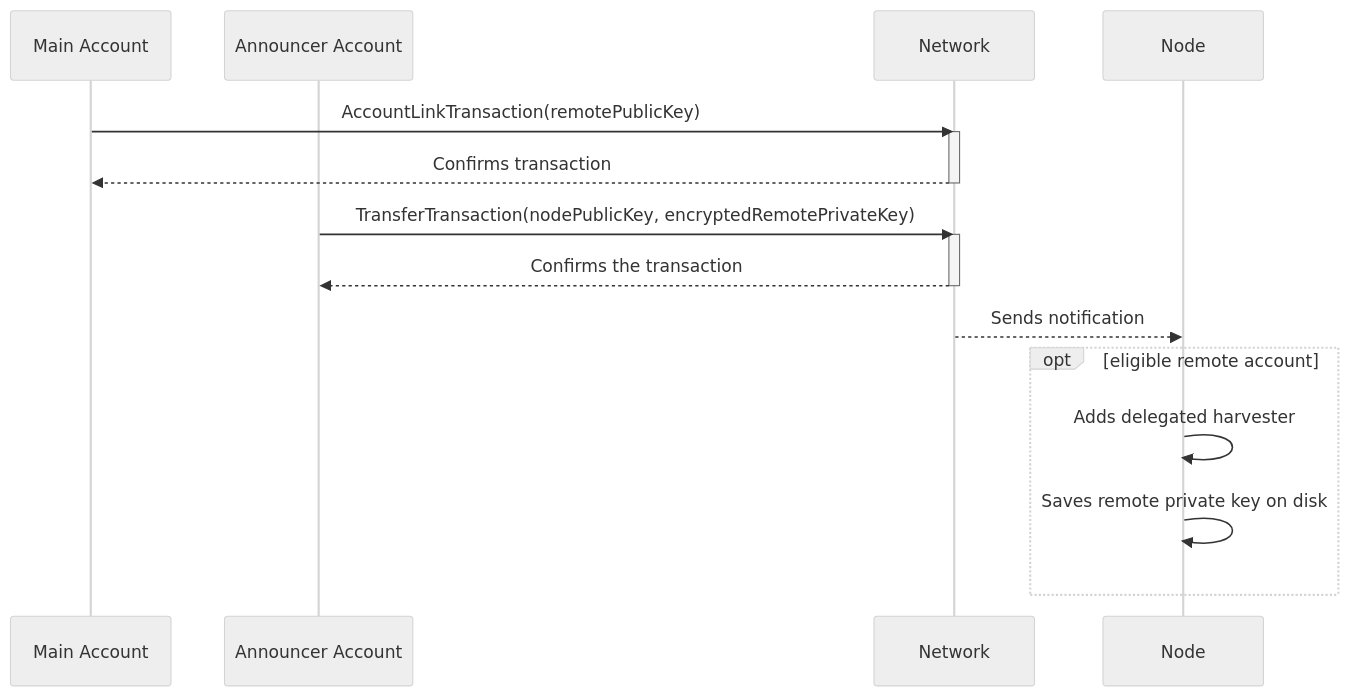
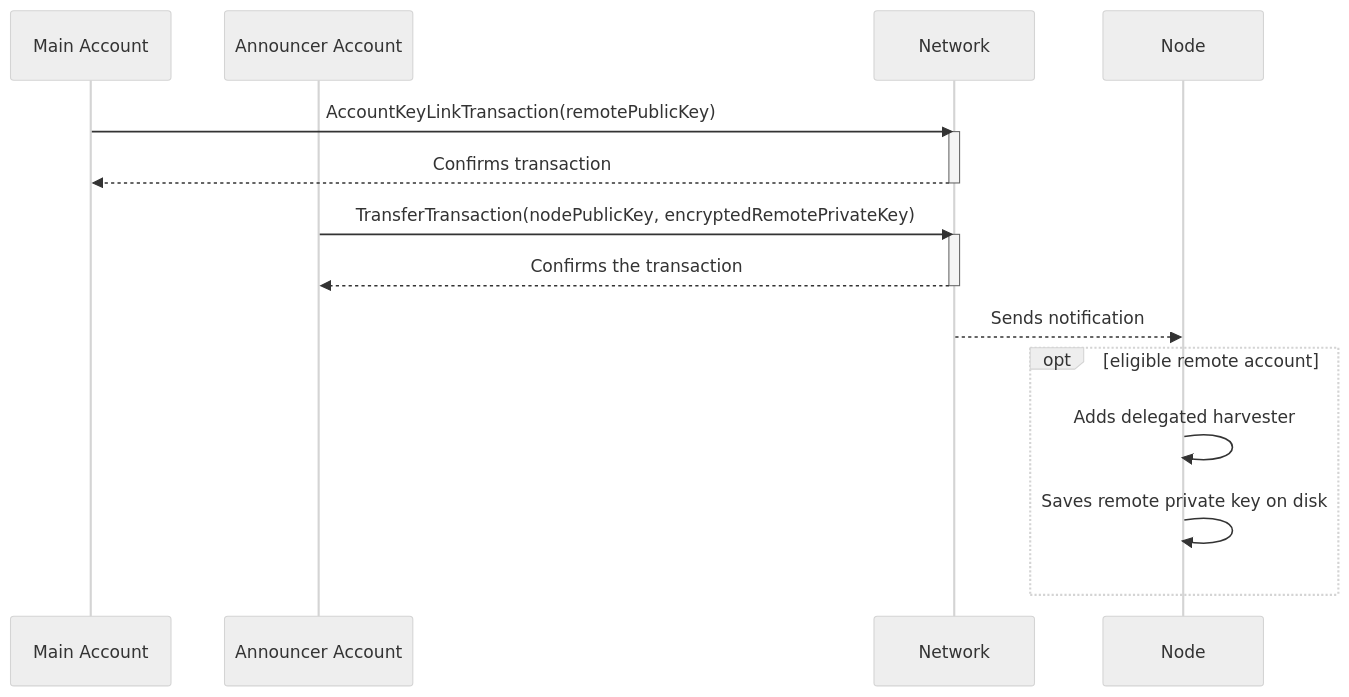
Before and after one commit to symbol/symbol-docs: the diagram in source/resources/diagrams/delegated-harvesting-activation.mmd, drawn with Mermaid (neutral theme). The commit also changed 50 other files, not shown here.

```diff
--- a/source/resources/diagrams/delegated-harvesting-activation.mmd
+++ b/source/resources/diagrams/delegated-harvesting-activation.mmd
@@ -1,18 +1,18 @@
 sequenceDiagram
     participant Main Account
     participant Announcer Account
     participant Network
     participant Node
-    Main Account ->>  Network: AccountLinkTransaction(remotePublicKey)
+    Main Account ->>  Network: AccountKeyLinkTransaction(remotePublicKey)
     activate Network
     Network -->> Main Account: Confirms transaction
     deactivate Network
     Announcer Account ->>  Network: TransferTransaction(nodePublicKey, encryptedRemotePrivateKey)
     activate Network
     Network -->> Announcer Account: Confirms the transaction
     deactivate Network
     Network -->> Node: Sends notification
     opt eligible remote account
         Node ->> Node: Adds delegated harvester
         Node ->> Node: Saves remote private key on disk
     end
```
